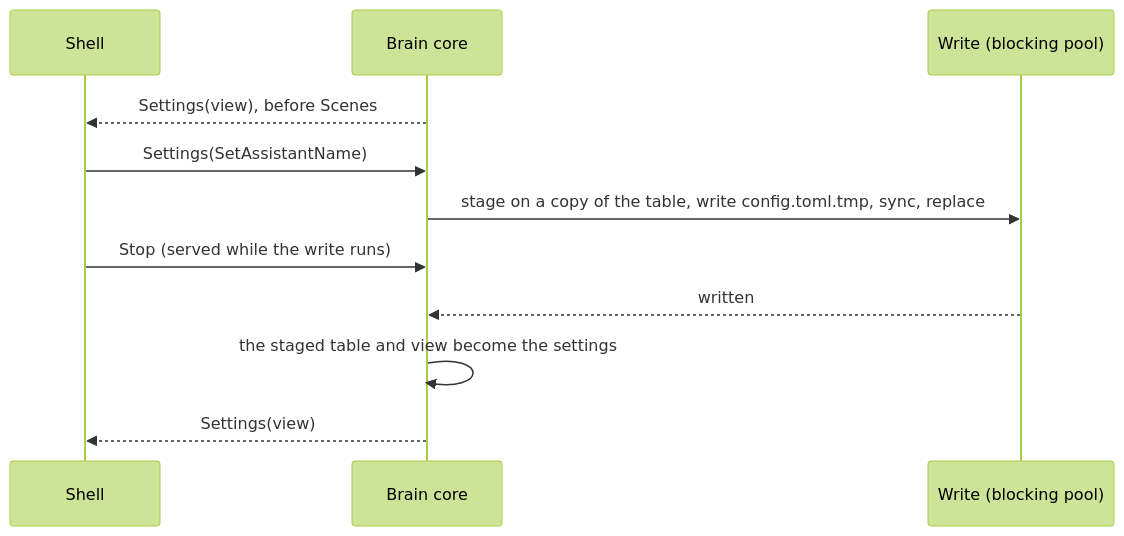
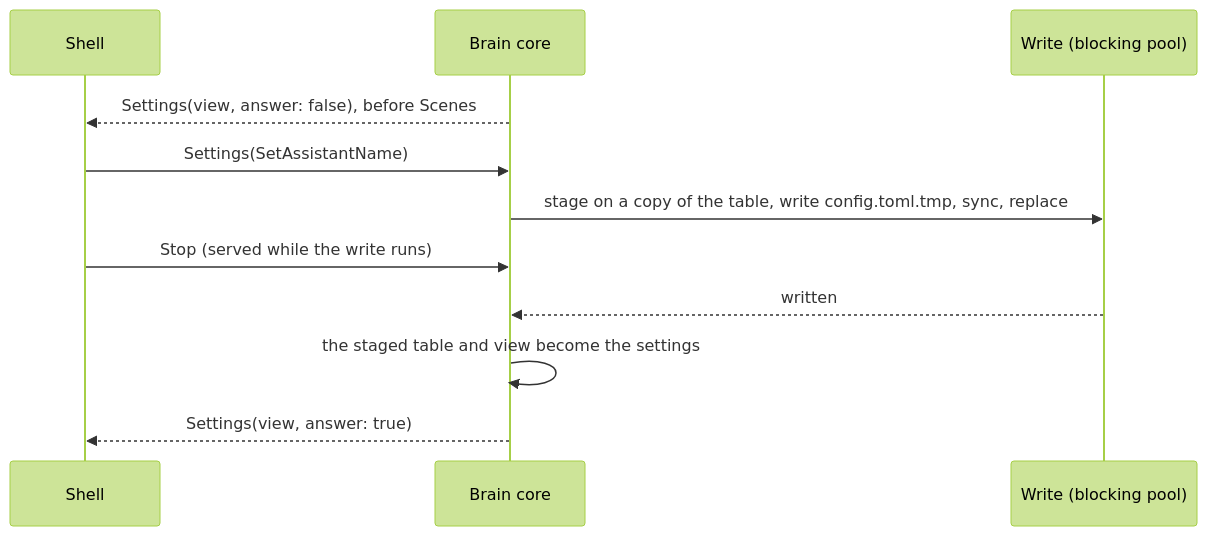
One commit to labcoder/capsula changed the diagram in docs/development/settings.md. Above: the diagram before and after it, drawn with Mermaid (forest theme). The commit also changed other lines of this file and 15 other files, not shown here.

````diff
--- a/docs/development/settings.md
+++ b/docs/development/settings.md
@@ -21,13 +21,13 @@
 ```mermaid
 sequenceDiagram
   participant S as Shell
   participant C as Brain core
   participant W as Write (blocking pool)
-  C-->>S: Settings(view), before Scenes
+  C-->>S: Settings(view, answer: false), before Scenes
   S->>C: Settings(SetAssistantName)
   C->>W: stage on a copy of the table, write config.toml.tmp, sync, replace
   S->>C: Stop (served while the write runs)
   W-->>C: written
   C->>C: the staged table and view become the settings
-  C-->>S: Settings(view)
+  C-->>S: Settings(view, answer: true)
 ```
````
